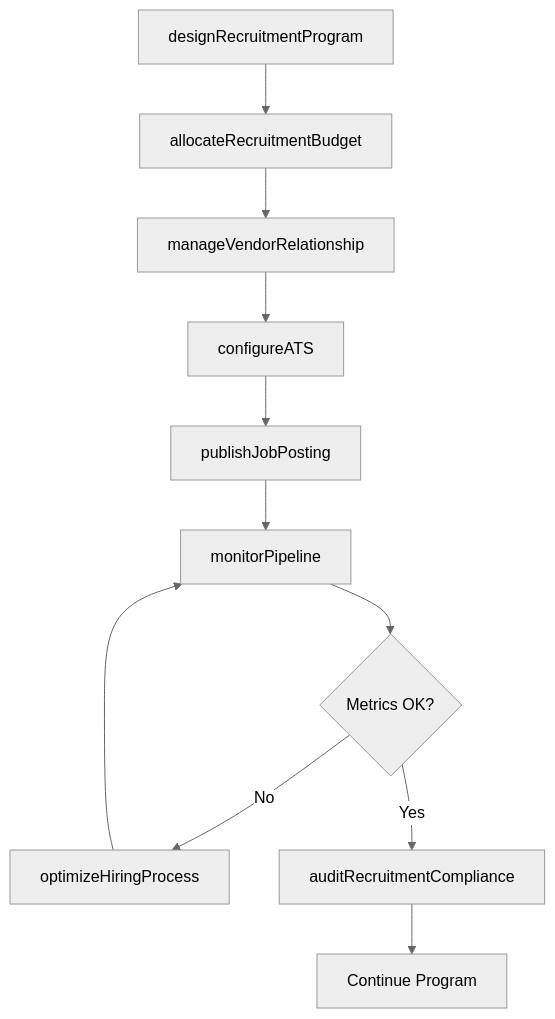
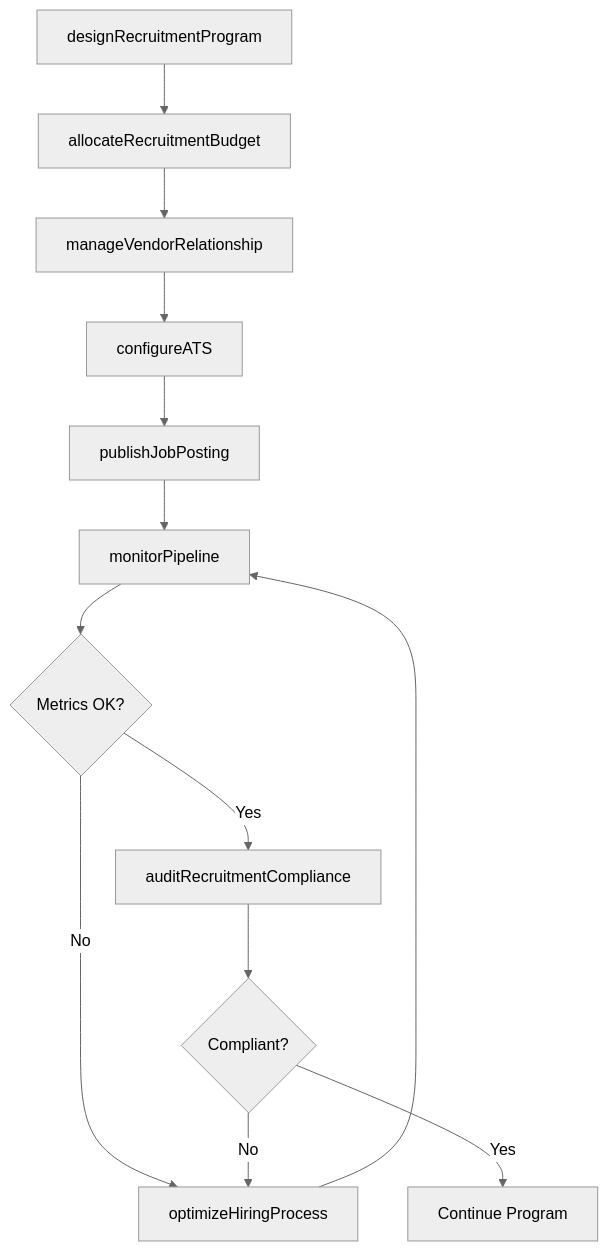
One commit to dot-org-ai/tasks.org.ai changed the third of 4 diagrams in StaffingOrganizationalUnits/PerformRecruitingOrHiringActivities/AdministerPersonnelRecruitmentHiringActivities.mdx. Above: the diagram before and after it, drawn with Mermaid (neutral theme). The commit also changed other lines of this file and 266 other files, not shown here.

First line of the commit message:
feat: Add ER diagrams, state diagrams to wave 2 batch (251 DWA files)

````diff
--- a/StaffingOrganizationalUnits/PerformRecruitingOrHiringActivities/AdministerPersonnelRecruitmentHiringActivities.mdx
+++ b/StaffingOrganizationalUnits/PerformRecruitingOrHiringActivities/AdministerPersonnelRecruitmentHiringActivities.mdx
@@ -91,13 +120,15 @@
 ```mermaid
 graph TD
     A[designRecruitmentProgram] --> B[allocateRecruitmentBudget]
     B --> C[manageVendorRelationship]
     C --> D[configureATS]
     D --> E[publishJobPosting]
     E --> F[monitorPipeline]
     F --> G{Metrics OK?}
     G -->|No| H[optimizeHiringProcess]
     H --> F
     G -->|Yes| I[auditRecruitmentCompliance]
-    I --> J[Continue Program]
+    I --> J{Compliant?}
+    J -->|No| H
+    J -->|Yes| K[Continue Program]
 ```
````
